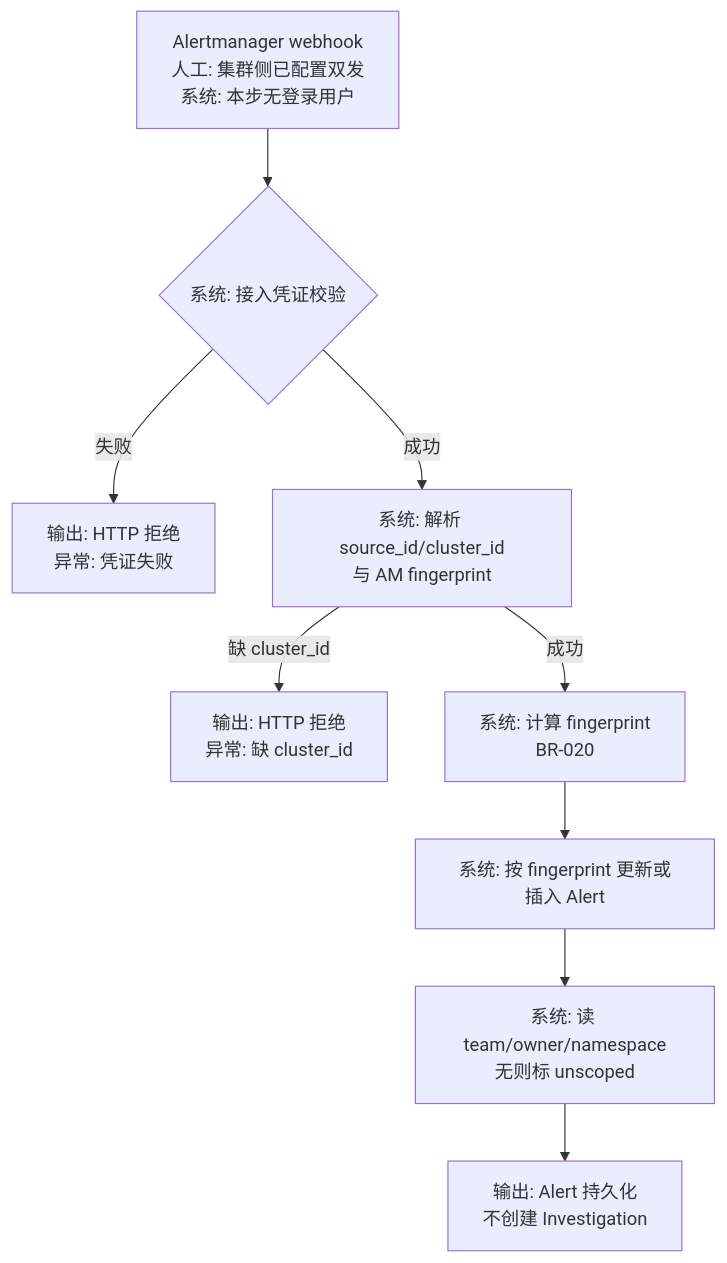
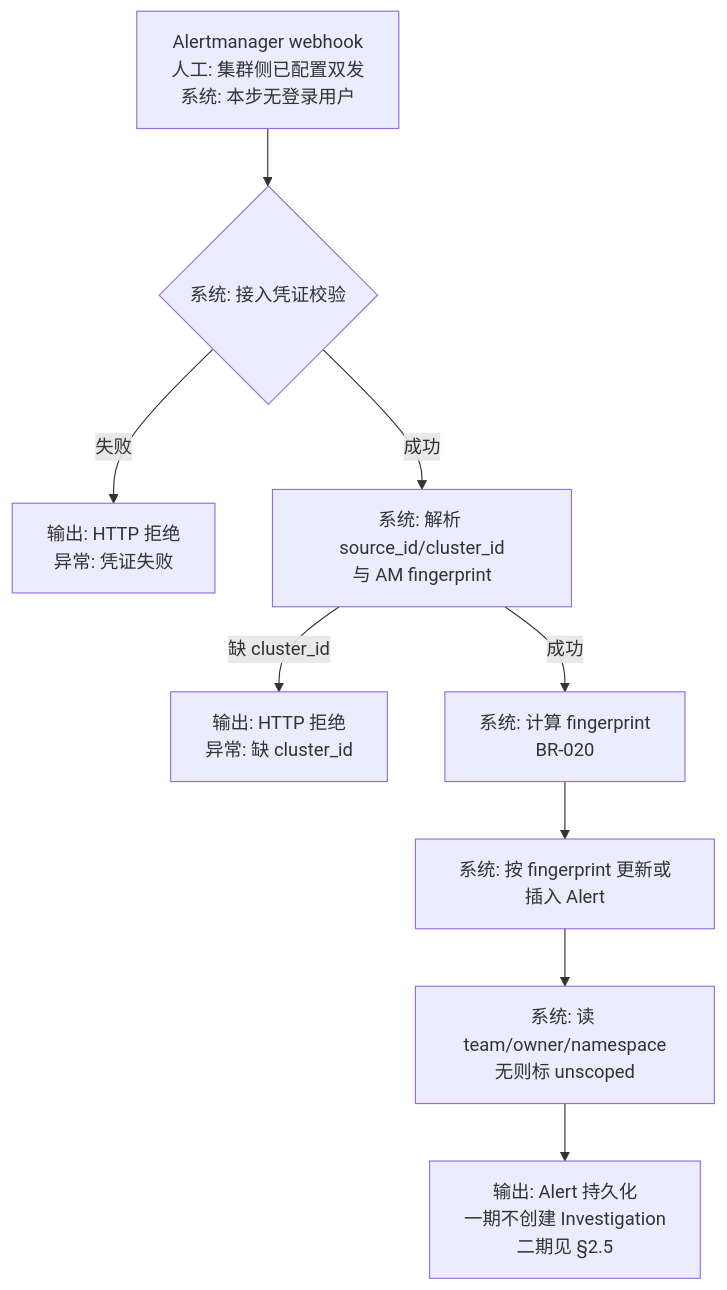
One commit to Mylifeforrent/huntai-sre changed the first of 12 diagrams in docs/03_problem_modeling/business_model.md. Above: the diagram before and after it, drawn with Mermaid. The commit also changed other lines of this file and 2 other files, not shown here.

````diff
--- a/docs/03_problem_modeling/business_model.md
+++ b/docs/03_problem_modeling/business_model.md
@@ -32,20 +33,20 @@
 ```mermaid
 flowchart TD
   AM["Alertmanager webhook<br/>人工: 集群侧已配置双发<br/>系统: 本步无登录用户"]
   AUTH{"系统: 接入凭证校验"}
   REJ1["输出: HTTP 拒绝<br/>异常: 凭证失败"]
   PARSE["系统: 解析 source_id/cluster_id<br/>与 AM fingerprint"]
   REJ2["输出: HTTP 拒绝<br/>异常: 缺 cluster_id"]
   FP["系统: 计算 fingerprint<br/>BR-020"]
   UPSERT["系统: 按 fingerprint 更新或插入 Alert"]
   LABELS["系统: 读 team/owner/namespace<br/>无则标 unscoped"]
-  OUT["输出: Alert 持久化<br/>不创建 Investigation"]
+  OUT["输出: Alert 持久化<br/>一期不创建 Investigation<br/>二期见 §2.5"]
   AM --> AUTH
   AUTH -->|失败| REJ1
   AUTH -->|成功| PARSE
   PARSE -->|缺 cluster_id| REJ2
   PARSE -->|成功| FP
   FP --> UPSERT
   UPSERT --> LABELS
   LABELS --> OUT
 ```
````
